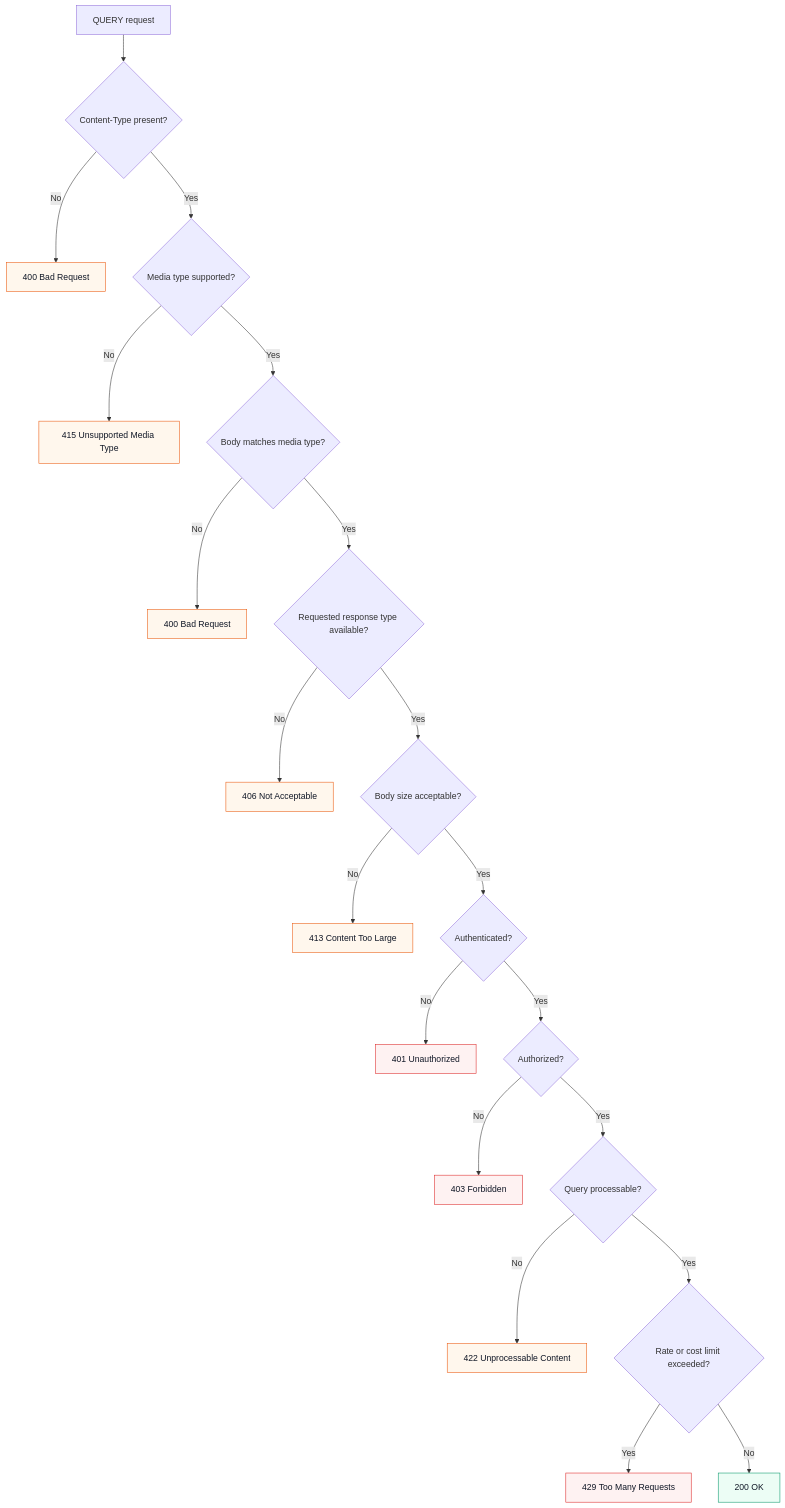
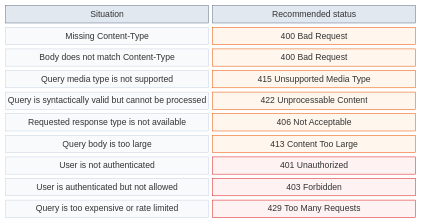
The third of 5 diagrams in src/http-query-method.md (Abhiramrathod/blogs), drawn with Mermaid before and after one commit. The commit also changed other lines of this file, not shown here.

Commit message:
Refactor QUERY vs GET vs POST comparison and error handling flowcharts for clarity and consistency

````diff
--- a/src/http-query-method.md
+++ b/src/http-query-method.md
@@ -188,33 +180,35 @@
 ```mermaid
-flowchart TD
-    A["QUERY request"] --> B{"Content-Type present?"}
-    B -->|No| S400A["400 Bad Request"]
-    B -->|Yes| C{"Media type supported?"}
-    C -->|No| S415["415 Unsupported Media Type"]
-    C -->|Yes| D{"Body matches media type?"}
-    D -->|No| S400B["400 Bad Request"]
-    D -->|Yes| E{"Requested response type available?"}
-    E -->|No| S406["406 Not Acceptable"]
-    E -->|Yes| F{"Body size acceptable?"}
-    F -->|No| S413["413 Content Too Large"]
-    F -->|Yes| G{"Authenticated?"}
-    G -->|No| S401["401 Unauthorized"]
-    G -->|Yes| H{"Authorized?"}
-    H -->|No| S403["403 Forbidden"]
-    H -->|Yes| I{"Query processable?"}
-    I -->|No| S422["422 Unprocessable Content"]
-    I -->|Yes| J{"Rate or cost limit exceeded?"}
-    J -->|Yes| S429["429 Too Many Requests"]
-    J -->|No| S200["200 OK"]
+block-beta
+    columns 2
+    SH1["Situation"] SH2["Recommended status"]
+    SR1["Missing Content-Type"] SS1["400 Bad Request"]
+    SR2["Body does not match Content-Type"] SS2["400 Bad Request"]
+    SR3["Query media type is not supported"] SS3["415 Unsupported Media Type"]
+    SR4["Query is syntactically valid but cannot be processed"] SS4["422 Unprocessable Content"]
+    SR5["Requested response type is not available"] SS5["406 Not Acceptable"]
+    SR6["Query body is too large"] SS6["413 Content Too Large"]
+    SR7["User is not authenticated"] SS7["401 Unauthorized"]
+    SR8["User is authenticated but not allowed"] SS8["403 Forbidden"]
+    SR9["Query is too expensive or rate limited"] SS9["429 Too Many Requests"]
 
-    style S200 fill:#ecfdf5,stroke:#059669,color:#111827
-    style S400A fill:#fff7ed,stroke:#ea580c,color:#111827
-    style S400B fill:#fff7ed,stroke:#ea580c,color:#111827
-    style S415 fill:#fff7ed,stroke:#ea580c,color:#111827
-    style S422 fill:#fff7ed,stroke:#ea580c,color:#111827
-    style S406 fill:#fff7ed,stroke:#ea580c,color:#111827
-    style S413 fill:#fff7ed,stroke:#ea580c,color:#111827
-    style S401 fill:#fef2f2,stroke:#dc2626,color:#111827
-    style S403 fill:#fef2f2,stroke:#dc2626,color:#111827
-    style S429 fill:#fef2f2,stroke:#dc2626,color:#111827
+    style SH1 fill:#e2e8f0,stroke:#64748b,color:#111827
+    style SH2 fill:#e2e8f0,stroke:#64748b,color:#111827
+    style SR1 fill:#f8fafc,stroke:#cbd5e1,color:#111827
+    style SR2 fill:#f8fafc,stroke:#cbd5e1,color:#111827
+    style SR3 fill:#f8fafc,stroke:#cbd5e1,color:#111827
+    style SR4 fill:#f8fafc,stroke:#cbd5e1,color:#111827
+    style SR5 fill:#f8fafc,stroke:#cbd5e1,color:#111827
+    style SR6 fill:#f8fafc,stroke:#cbd5e1,color:#111827
+    style SR7 fill:#f8fafc,stroke:#cbd5e1,color:#111827
+    style SR8 fill:#f8fafc,stroke:#cbd5e1,color:#111827
+    style SR9 fill:#f8fafc,stroke:#cbd5e1,color:#111827
+    style SS1 fill:#fff7ed,stroke:#ea580c,color:#111827
+    style SS2 fill:#fff7ed,stroke:#ea580c,color:#111827
+    style SS3 fill:#fff7ed,stroke:#ea580c,color:#111827
+    style SS4 fill:#fff7ed,stroke:#ea580c,color:#111827
+    style SS5 fill:#fff7ed,stroke:#ea580c,color:#111827
+    style SS6 fill:#fff7ed,stroke:#ea580c,color:#111827
+    style SS7 fill:#fef2f2,stroke:#dc2626,color:#111827
+    style SS8 fill:#fef2f2,stroke:#dc2626,color:#111827
+    style SS9 fill:#fef2f2,stroke:#dc2626,color:#111827
 ```
````
